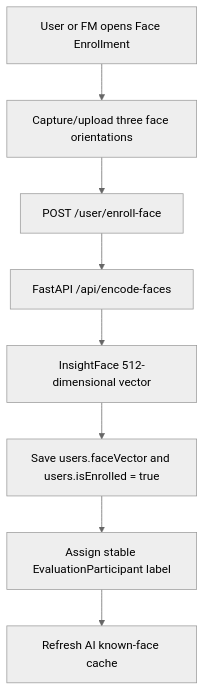
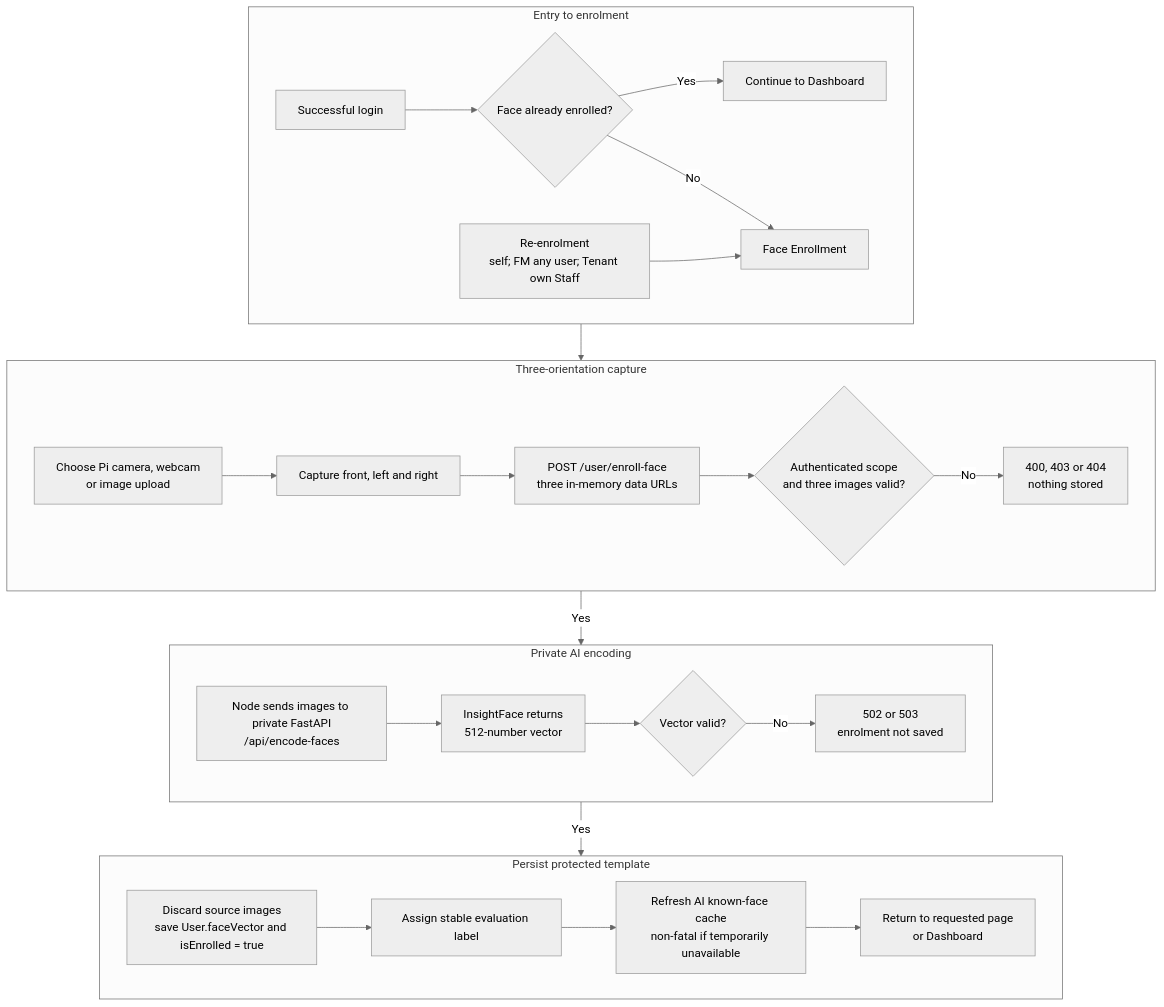
Before and after one commit to feliciatanxl/FlowGuard: the second of 3 diagrams in design/md/facial-recognition-flow.md, drawn with Mermaid (neutral theme). The commit also changed other lines of this file and 26 other files, not shown here.

Commit message:
fix: finalize Incident Analytics lifecycle, redact JWT logs, refresh submission docs and diagrams, and remove unused Gemini manifests

````diff
--- a/design/md/facial-recognition-flow.md
+++ b/design/md/facial-recognition-flow.md
@@ -33,10 +56,32 @@
 ```mermaid
 flowchart TB
-  A[User or FM opens Face Enrollment] --> B[Capture/upload three face orientations]
-  B --> C[POST /user/enroll-face]
-  C --> D[FastAPI /api/encode-faces]
-  D --> E[InsightFace 512-dimensional vector]
-  E --> F[Save users.faceVector and users.isEnrolled = true]
-  F --> G[Assign stable EvaluationParticipant label]
-  G --> H[Refresh AI known-face cache]
+  subgraph Entry[Entry to enrolment]
+    direction LR
+    A[Successful login] --> B{Face already enrolled?}
+    B -->|Yes| Z[Continue to Dashboard]
+    B -->|No| C[Face Enrollment]
+    R[Re-enrolment<br/>self; FM any user; Tenant own Staff] --> C
+  end
+  subgraph CaptureFlow[Three-orientation capture]
+    direction LR
+    C --> D[Choose Pi camera, webcam<br/>or image upload]
+    D --> E[Capture front, left and right]
+    E --> F[POST /user/enroll-face<br/>three in-memory data URLs]
+    F --> G{Authenticated scope<br/>and three images valid?}
+    G -->|No| X[400, 403 or 404<br/>nothing stored]
+  end
+  subgraph Encoding[Private AI encoding]
+    direction LR
+    G -->|Yes| H[Node sends images to private FastAPI<br/>/api/encode-faces]
+    H --> I[InsightFace returns<br/>512-number vector]
+    I --> J{Vector valid?}
+    J -->|No| Y[502 or 503<br/>enrolment not saved]
+  end
+  subgraph Persistence[Persist protected template]
+    direction LR
+    J -->|Yes| K[Discard source images<br/>save User.faceVector and isEnrolled = true]
+    K --> L[Assign stable evaluation label]
+    L --> M[Refresh AI known-face cache<br/>non-fatal if temporarily unavailable]
+    M --> Z2[Return to requested page<br/>or Dashboard]
+  end
 ```
````
